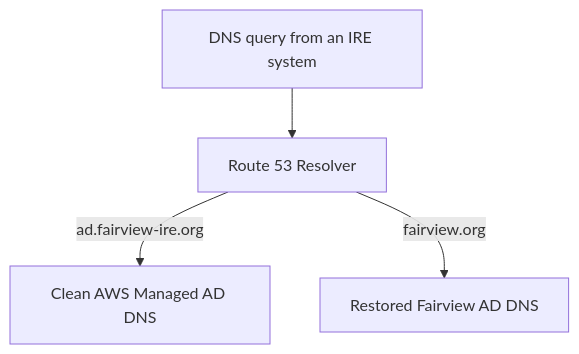
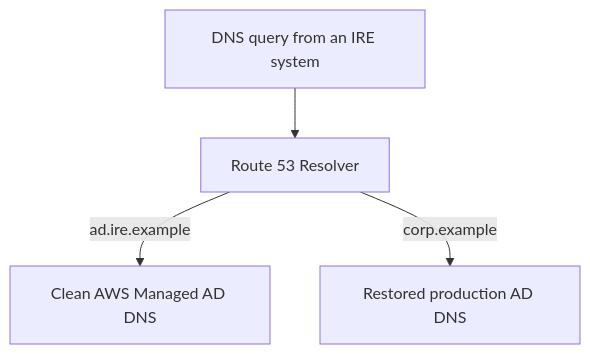
Before and after one commit to CloudDevops2789/terraform_modules: the diagram in docs/adr/ADR-006-ire-dns-strategy.md, drawn with Mermaid. The commit also changed other lines of this file and 55 other files, not shown here.

````diff
--- a/docs/adr/ADR-006-ire-dns-strategy.md
+++ b/docs/adr/ADR-006-ire-dns-strategy.md
@@ -30,6 +30,6 @@
 ```mermaid
 flowchart TD
     Q["DNS query from an IRE system"] --> R["Route 53 Resolver"]
-    R -->|"ad.fairview-ire.org"| C["Clean AWS Managed AD DNS"]
-    R -->|"fairview.org"| P["Restored Fairview AD DNS"]
+    R -->|"ad.ire.example"| C["Clean AWS Managed AD DNS"]
+    R -->|"corp.example"| P["Restored production AD DNS"]
 ```
````
